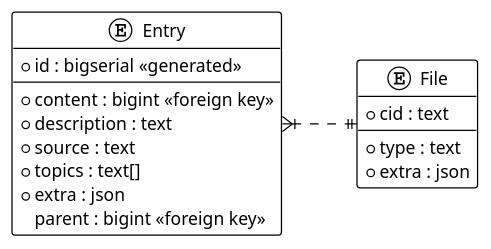
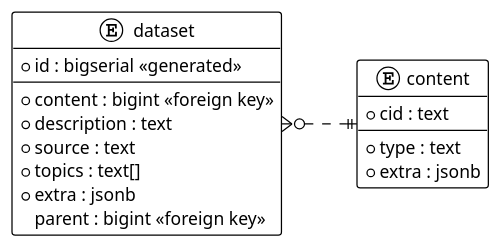
The diagram in thesis/figures/db.puml (ComLaKe/core), drawn with PlantUML before and after one commit. The commit also changed 8 other files, not shown here.

```diff
--- a/thesis/figures/db.puml
+++ b/thesis/figures/db.puml
@@ -1,24 +1,24 @@
 @startuml
 !theme plain
 left to right direction
 
-entity File {
+entity content {
     * cid : text
     --
     * type : text
-    * extra : json
+    * extra : jsonb
 }
 
-entity Entry {
+entity dataset {
     * id : bigserial <<generated>>
     --
     * content : bigint <<foreign key>>
     * description : text
     * source : text
     * topics : text[]
-    * extra : json
+    * extra : jsonb
     parent : bigint <<foreign key>>
 }
 
-Entry }|..|| File
+dataset }o..|| content
 @enduml
```
